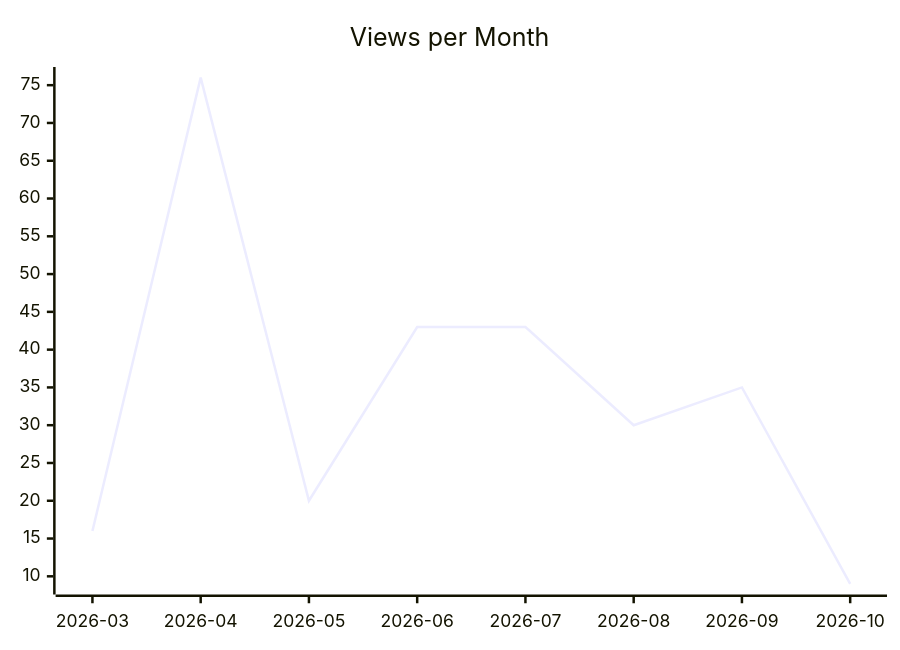
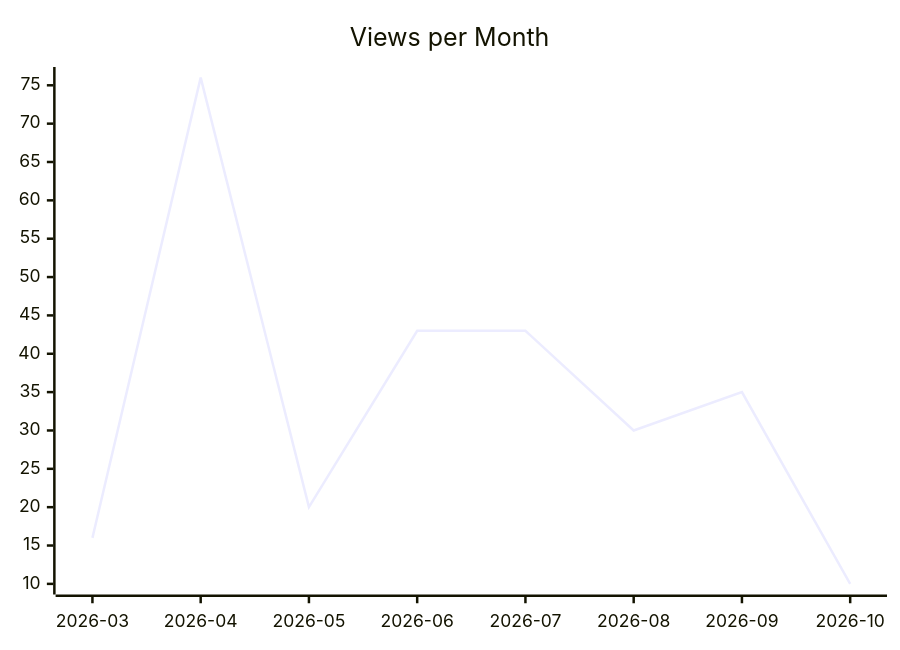
Before and after one commit to justdavis-family/github-analytics-data: the second of 3 diagrams in karlmdavis/ksoap2-android/README.md, drawn with Mermaid. The commit also changed other lines of this file and 198 other files, not shown here.

````diff
--- a/karlmdavis/ksoap2-android/README.md
+++ b/karlmdavis/ksoap2-android/README.md
@@ -12,6 +12,6 @@
 ```mermaid
 xychart-beta
   title "Views per Month"
   x-axis ["2026-03", "2026-04", "2026-05", "2026-06", "2026-07", "2026-08", "2026-09", "2026-10"]
-  line [16, 76, 20, 43, 43, 30, 35, 9]
+  line [16, 76, 20, 43, 43, 30, 35, 10]
 ```
````
